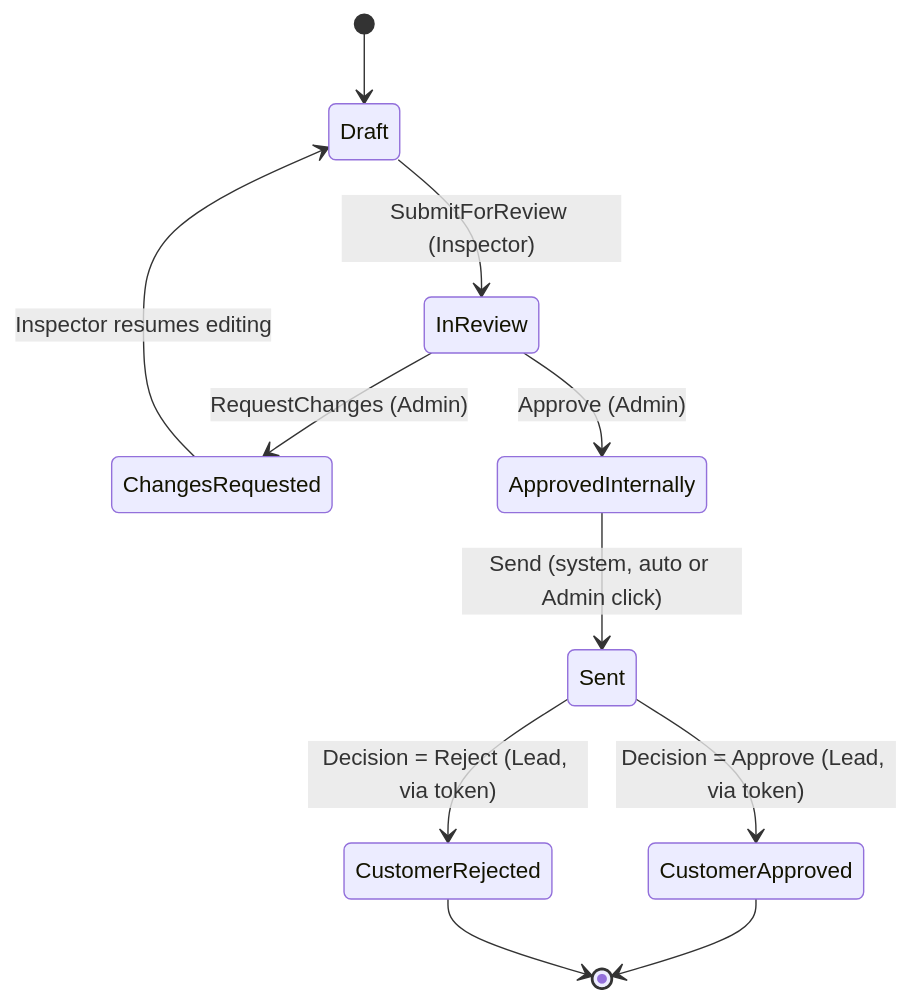
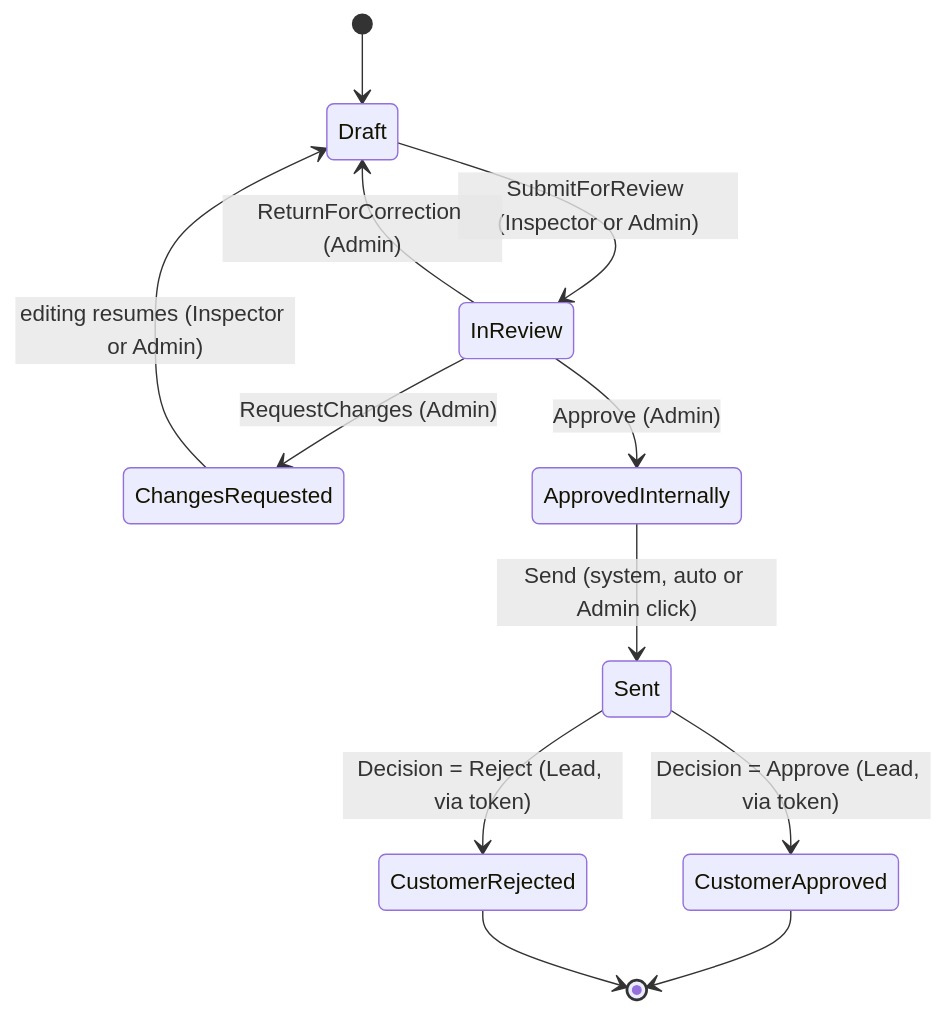
Before and after one commit to Keroleshanna/RenoTrack: the second of 4 diagrams in StateMachine.md, drawn with Mermaid. The commit also changed other lines of this file and 93 other files, not shown here.

````diff
--- a/StateMachine.md
+++ b/StateMachine.md
@@ -74,13 +74,14 @@
 ```mermaid
 stateDiagram-v2
     [*] --> Draft
-    Draft --> InReview : SubmitForReview (Inspector)
+    Draft --> InReview : SubmitForReview (Inspector or Admin)
     InReview --> ChangesRequested : RequestChanges (Admin)
     InReview --> ApprovedInternally : Approve (Admin)
-    ChangesRequested --> Draft : Inspector resumes editing
+    InReview --> Draft : ReturnForCorrection (Admin)
+    ChangesRequested --> Draft : editing resumes (Inspector or Admin)
     ApprovedInternally --> Sent : Send (system, auto or Admin click)
     Sent --> CustomerApproved : Decision = Approve (Lead, via token)
     Sent --> CustomerRejected : Decision = Reject (Lead, via token)
     CustomerApproved --> [*]
     CustomerRejected --> [*]
 ```
````
